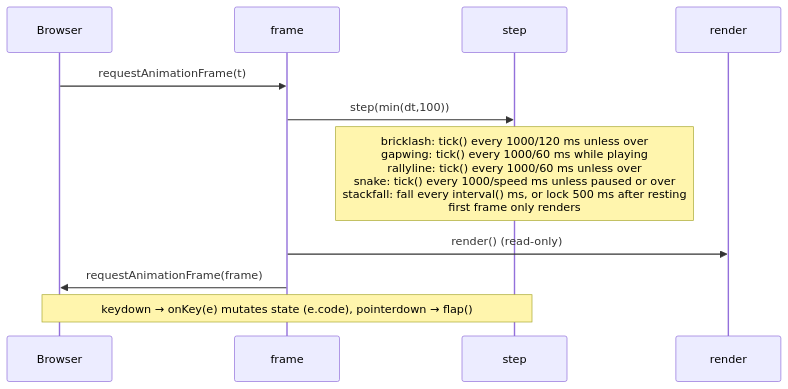
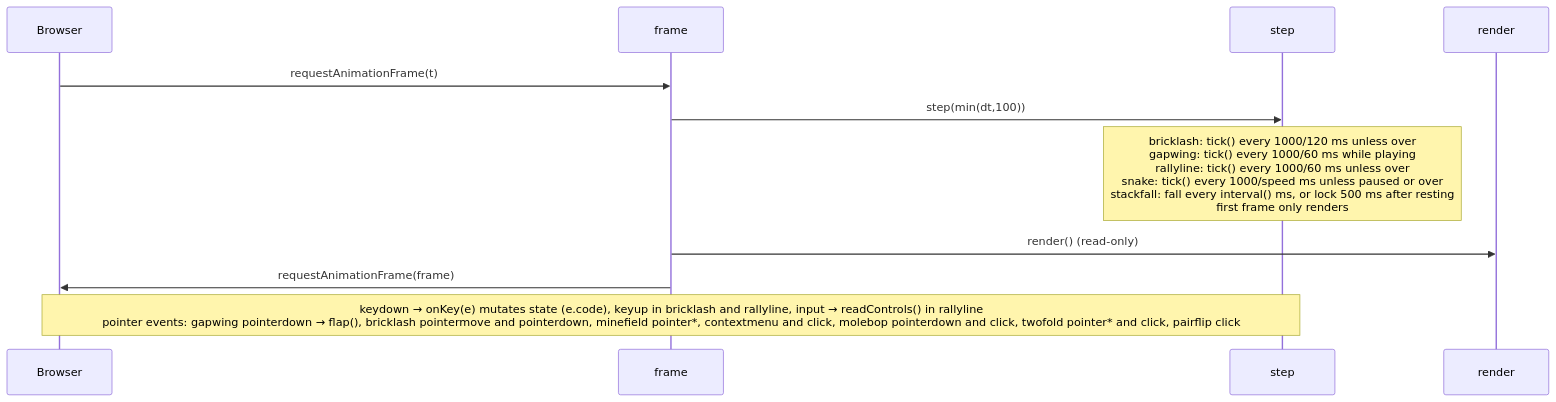
Before and after one commit to KPharcos/retro-games: the second of 3 diagrams in docs/CODEBASE_MAP.md, drawn with Mermaid. The commit also changed other lines of this file, not shown here.

First line of the commit message:
Refresh codebase map for Rallyline

````diff
--- a/docs/CODEBASE_MAP.md
+++ b/docs/CODEBASE_MAP.md
@@ -370,13 +370,13 @@
 ```mermaid
 sequenceDiagram
     participant Browser
     participant frame
     participant step
     participant render
     Browser->>frame: requestAnimationFrame(t)
     frame->>step: step(min(dt,100))
     Note over step: bricklash: tick() every 1000/120 ms unless over<br/>gapwing: tick() every 1000/60 ms while playing<br/>rallyline: tick() every 1000/60 ms unless over<br/>snake: tick() every 1000/speed ms unless paused or over<br/>stackfall: fall every interval() ms, or lock 500 ms after resting<br/>first frame only renders
     frame->>render: render() (read-only)
     frame->>Browser: requestAnimationFrame(frame)
-    Note over Browser,step: keydown → onKey(e) mutates state (e.code), pointerdown → flap()
+    Note over Browser,step: keydown → onKey(e) mutates state (e.code), keyup in bricklash and rallyline, input → readControls() in rallyline<br/>pointer events: gapwing pointerdown → flap(), bricklash pointermove and pointerdown, minefield pointer*, contextmenu and click, molebop pointerdown and click, twofold pointer* and click, pairflip click
 ```
````
